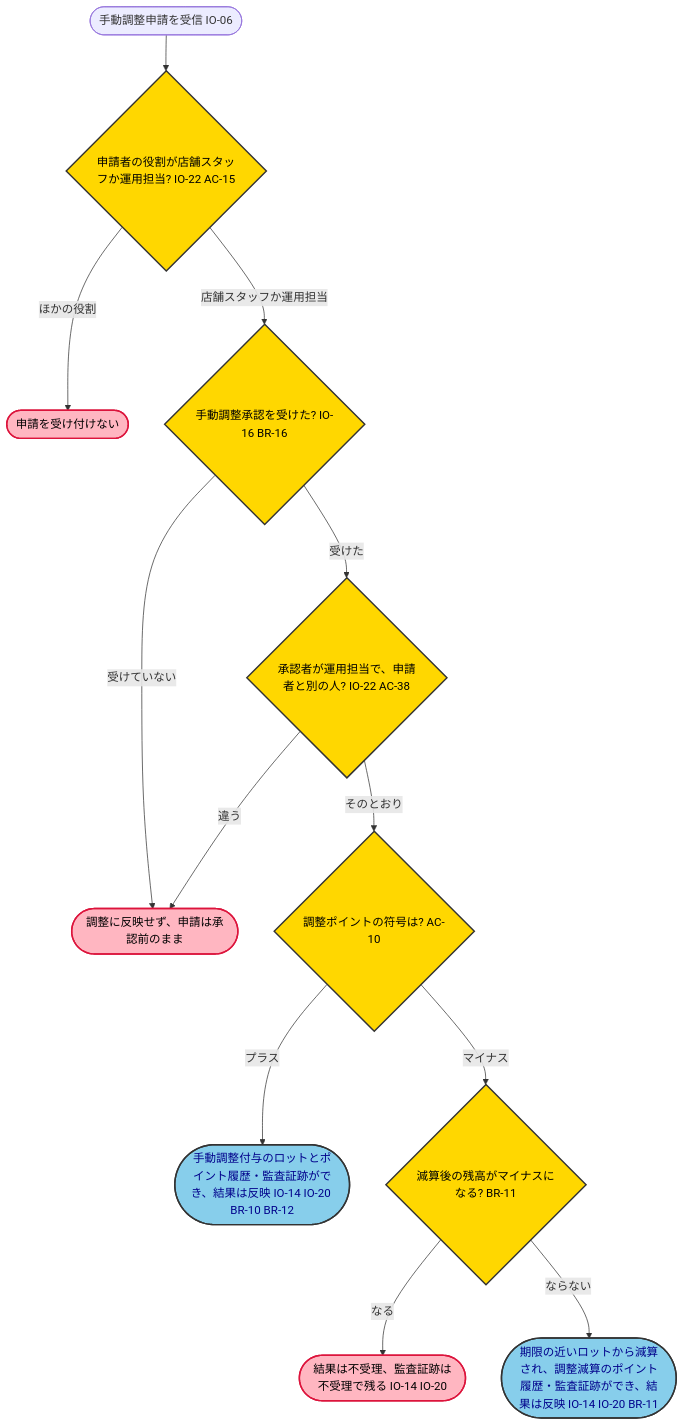
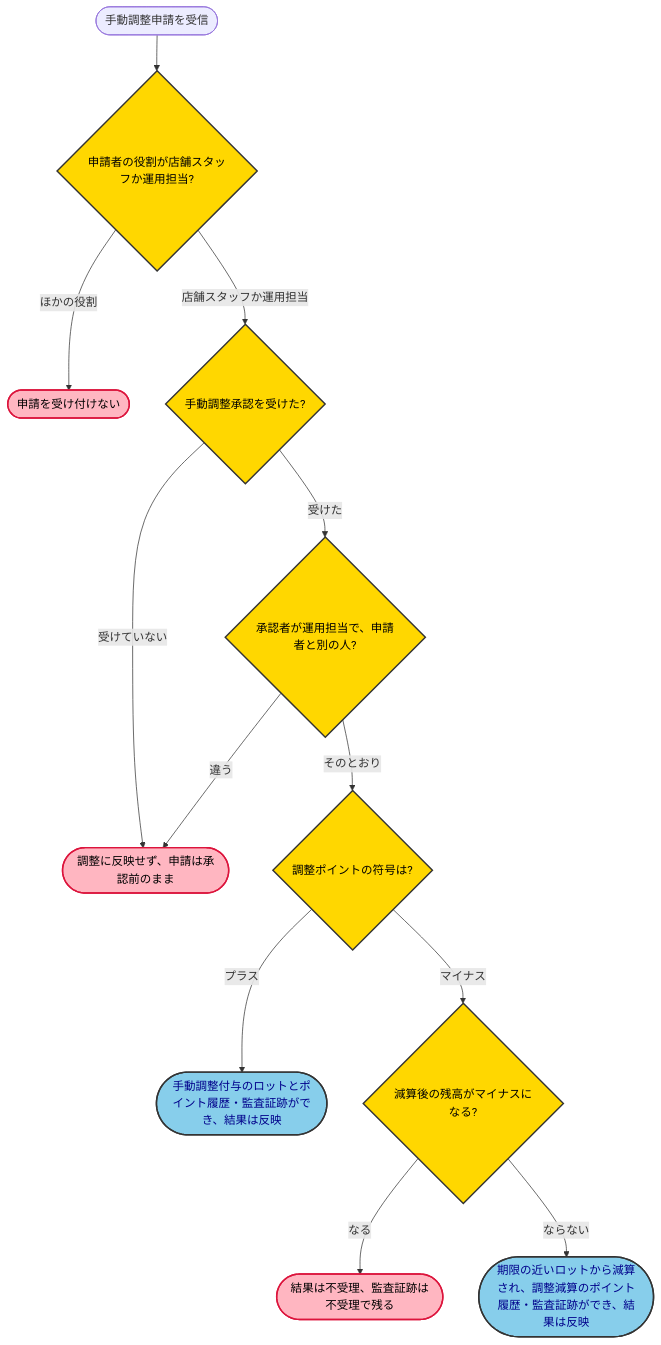
One commit to kasiopeiya/claude-dev-template changed the eighth of 9 diagrams in samples/docs/requirements-detail.md. Above: the diagram before and after it, drawn with Mermaid. The commit also changed other lines of this file, not shown here.

First line of the commit message:
docs: 手本のアクティビティ図から BR・AC・IO の ID を外す (#1977)

````diff
--- a/samples/docs/requirements-detail.md
+++ b/samples/docs/requirements-detail.md
@@ -710,21 +710,21 @@
 ```mermaid
 flowchart TD
-    start(["手動調整申請を受信 IO-06"]) --> applicant{"申請者の役割が店舗スタッフか運用担当? IO-22 AC-15"}
+    start(["手動調整申請を受信"]) --> applicant{"申請者の役割が店舗スタッフか運用担当?"}
     applicant -->|ほかの役割| refuse(["申請を受け付けない"])
-    applicant -->|店舗スタッフか運用担当| approval{"手動調整承認を受けた? IO-16 BR-16"}
+    applicant -->|店舗スタッフか運用担当| approval{"手動調整承認を受けた?"}
     approval -->|受けていない| hold(["調整に反映せず、申請は承認前のまま"])
-    approval -->|受けた| same{"承認者が運用担当で、申請者と別の人? IO-22 AC-38"}
+    approval -->|受けた| same{"承認者が運用担当で、申請者と別の人?"}
     same -->|違う| hold
-    same -->|そのとおり| sign{"調整ポイントの符号は? AC-10"}
-    sign -->|プラス| plus(["手動調整付与のロットとポイント履歴・監査証跡ができ、結果は反映 IO-14 IO-20 BR-10 BR-12"])
-    sign -->|マイナス| neg{"減算後の残高がマイナスになる? BR-11"}
-    neg -->|なる| reject(["結果は不受理、監査証跡は不受理で残る IO-14 IO-20"])
-    neg -->|ならない| minus(["期限の近いロットから減算され、調整減算のポイント履歴・監査証跡ができ、結果は反映 IO-14 IO-20 BR-11"])
+    same -->|そのとおり| sign{"調整ポイントの符号は?"}
+    sign -->|プラス| plus(["手動調整付与のロットとポイント履歴・監査証跡ができ、結果は反映"])
+    sign -->|マイナス| neg{"減算後の残高がマイナスになる?"}
+    neg -->|なる| reject(["結果は不受理、監査証跡は不受理で残る"])
+    neg -->|ならない| minus(["期限の近いロットから減算され、調整減算のポイント履歴・監査証跡ができ、結果は反映"])
 
     classDef decision fill:#FFD700,stroke:#333,stroke-width:2px,color:black
     classDef result fill:#87CEEB,stroke:#333,stroke-width:2px,color:darkblue
     classDef error fill:#FFB6C1,stroke:#DC143C,stroke-width:2px,color:black
     class applicant,approval,same,sign,neg decision
     class plus,minus result
     class refuse,hold,reject error
 ```
````
